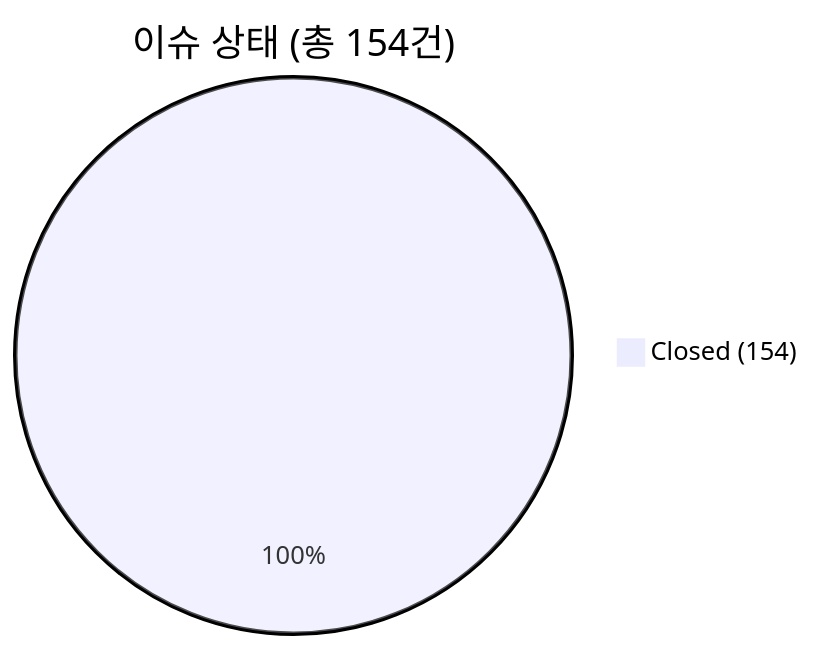
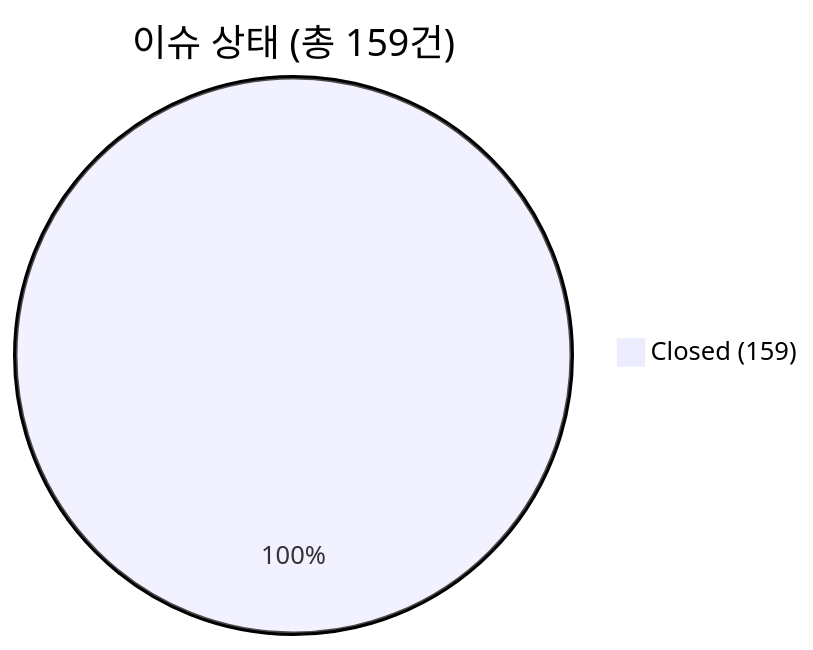
One commit to holee9/MD-process changed the first of 3 diagrams in README.md. Above: the diagram before and after it, drawn with Mermaid. The commit also changed other lines of this file and 1 other file, not shown here.

````diff
--- a/README.md
+++ b/README.md
@@ -129,4 +131,4 @@
 ```mermaid
-pie title 이슈 상태 (총 154건)
-    "Closed (154)" : 154
+pie title 이슈 상태 (총 159건)
+    "Closed (159)" : 159
 ```
````
